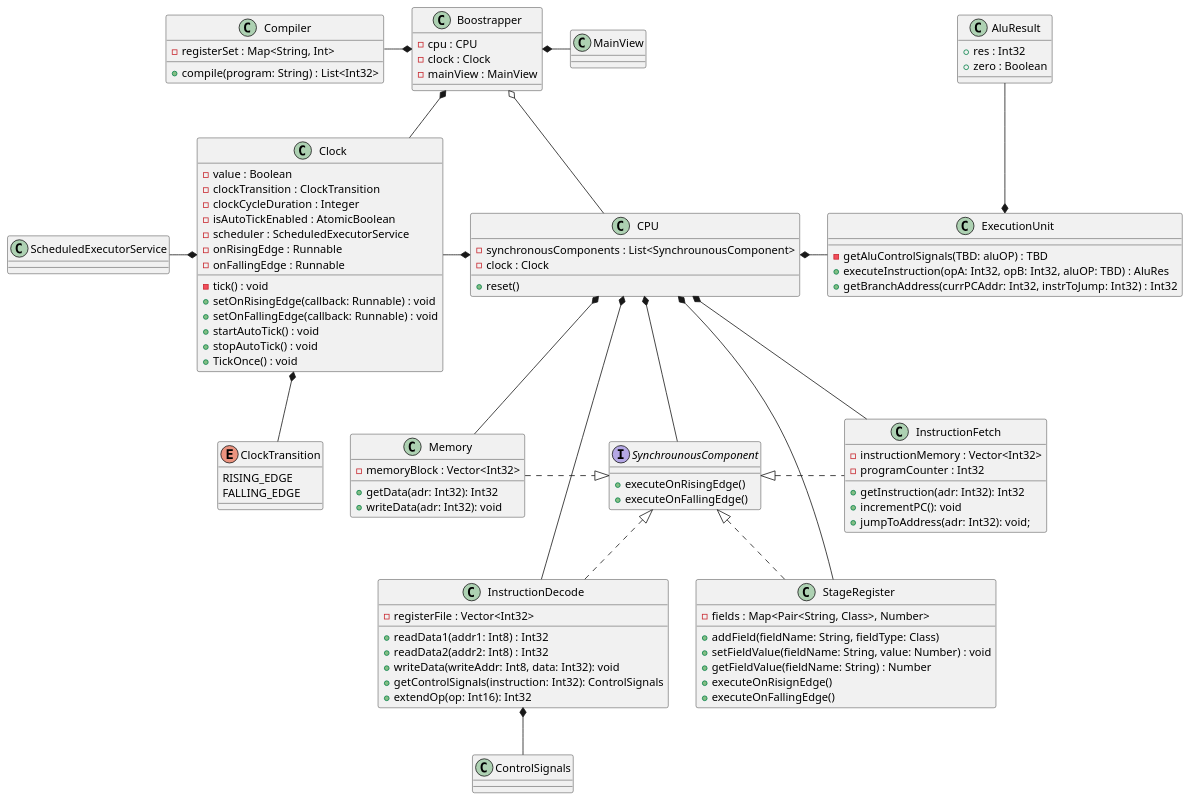
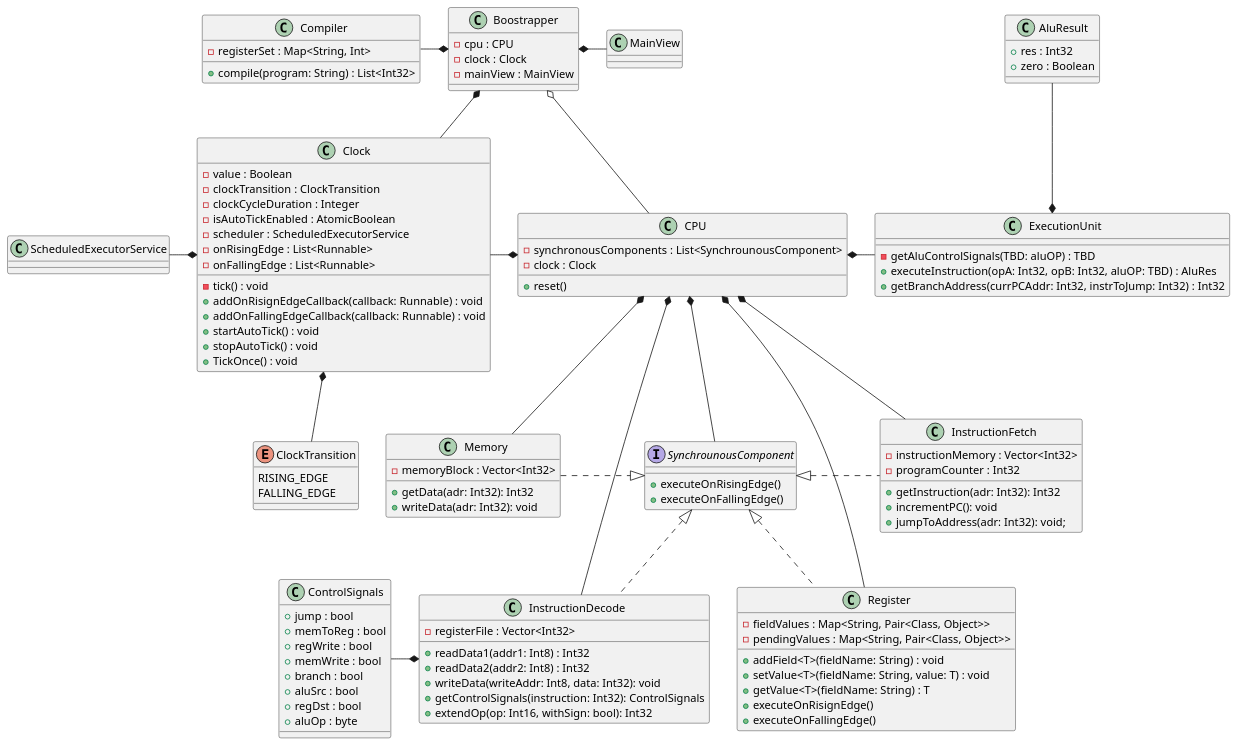
Before and after one commit to bmarcu13/MIPS32PipelineSimulator: the diagram in Diagrams/ClassDiagram.plantuml, drawn with PlantUML. The commit also changed 2 other files, not shown here.

Commit message:
Modified class diagram

```diff
--- a/Diagrams/ClassDiagram.plantuml
+++ b/Diagrams/ClassDiagram.plantuml
@@ -1,128 +1,136 @@
 @startuml CPU Simulator
 
 Boostrapper o-- CPU
 Boostrapper *-- Clock
 Boostrapper *-right- MainView
 Boostrapper *-left- Compiler
 
 Clock *-- ClockTransition
 Clock *-left- ScheduledExecutorService
 
 CPU *-- SynchrounousComponent
 CPU *-- InstructionFetch
 CPU *-- InstructionDecode
 CPU *-right- ExecutionUnit
 CPU *-- Memory
 CPU *-left- Clock
-CPU *-- StageRegister
+CPU *-- Register
 
-StageRegister .up.|> SynchrounousComponent
+Register .up.|> SynchrounousComponent
 
 ExecutionUnit *-up- AluResult
 
-InstructionDecode *-- ControlSignals 
+InstructionDecode *-left- ControlSignals 
 
 SynchrounousComponent <|.. InstructionDecode
 SynchrounousComponent <|.right. InstructionFetch
 SynchrounousComponent <|.left. Memory
 
 
 
 enum ClockTransition{
     RISING_EDGE
     FALLING_EDGE
 }
 
 class AluResult{
     + res : Int32
     + zero : Boolean
 }
 
 class ControlSignals {
-
+    + jump : bool
+    + memToReg : bool
+    + regWrite : bool
+    + memWrite : bool
+    + branch : bool
+    + aluSrc : bool
+    + regDst : bool
+    + aluOp : byte
 }
 
 interface SynchrounousComponent {
     + executeOnRisingEdge()
     + executeOnFallingEdge()
 }
 
 class Boostrapper {
     - cpu : CPU
     - clock : Clock
     - mainView : MainView
 }
 
 class CPU {
     - synchronousComponents : List<SynchrounousComponent>
     - clock : Clock
     + reset()
 }
 
 class Clock {
     - value : Boolean
     - clockTransition : ClockTransition
     - clockCycleDuration : Integer
     - isAutoTickEnabled : AtomicBoolean
     - scheduler : ScheduledExecutorService
-    - onRisingEdge : Runnable
-    - onFallingEdge : Runnable
+    - onRisingEdge : List<Runnable>
+    - onFallingEdge : List<Runnable>
     - tick() : void
-    + setOnRisingEdge(callback: Runnable) : void
-    + setOnFallingEdge(callback: Runnable) : void
+    + addOnRisignEdgeCallback(callback: Runnable) : void
+    + addOnFallingEdgeCallback(callback: Runnable) : void
     + startAutoTick() : void
     + stopAutoTick() : void
     + TickOnce() : void
 }
 
 class Memory {
     - memoryBlock : Vector<Int32>
 }
 
 class InstructionFetch {
     - instructionMemory : Vector<Int32>
     - programCounter : Int32
     + getInstruction(adr: Int32): Int32
     + incrementPC(): void
     + jumpToAddress(adr: Int32): void;
 }
 
 class InstructionDecode {
     - registerFile : Vector<Int32>
     + readData1(addr1: Int8) : Int32
     + readData2(addr2: Int8) : Int32
     + writeData(writeAddr: Int8, data: Int32): void
     + getControlSignals(instruction: Int32): ControlSignals
-    + extendOp(op: Int16): Int32
+    + extendOp(op: Int16, withSign: bool): Int32
 }
 
 class ExecutionUnit {
     - getAluControlSignals(TBD: aluOP) : TBD
     + executeInstruction(opA: Int32, opB: Int32, aluOP: TBD) : AluRes
     + getBranchAddress(currPCAddr: Int32, instrToJump: Int32) : Int32
 }
 
 class Memory {
     + getData(adr: Int32): Int32
     + writeData(adr: Int32): void
 }
 
-class StageRegister {
-    - fields : Map<Pair<String, Class>, Number>
-    + addField(fieldName: String, fieldType: Class)
-    + setFieldValue(fieldName: String, value: Number) : void
-    + getFieldValue(fieldName: String) : Number
+class Register {
+    - fieldValues : Map<String, Pair<Class, Object>>
+    - pendingValues : Map<String, Pair<Class, Object>>
+    + addField<T>(fieldName: String) : void
+    + setValue<T>(fieldName: String, value: T) : void
+    + getValue<T>(fieldName: String) : T
     + executeOnRisignEdge()
     + executeOnFallingEdge()
 }
 
 class MainView {
-
+    
 }
 
 class Compiler {
     - registerSet : Map<String, Int>
     + compile(program: String) : List<Int32>
 }
 
 @enduml
```
